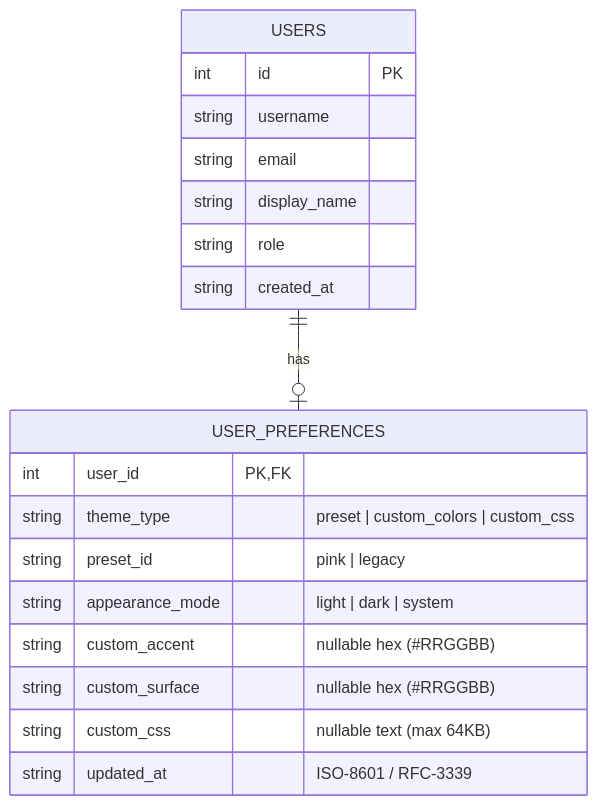
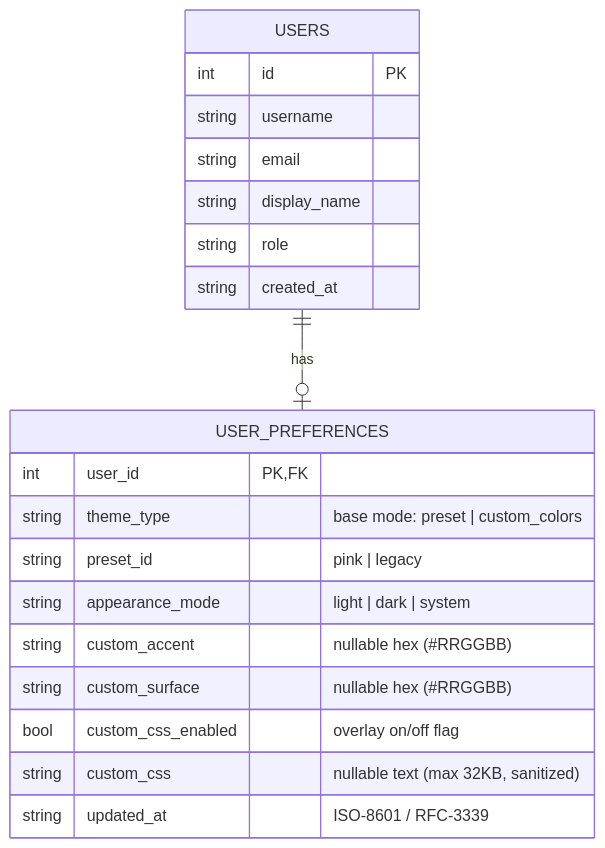
One commit to Baylem/Gameplane changed the first of 2 diagrams in specs/016-user-theme-customization/data-model.md. Above: the diagram before and after it, drawn with Mermaid. The commit also changed other lines of this file and 9 other files, not shown here.

````diff
--- a/specs/016-user-theme-customization/data-model.md
+++ b/specs/016-user-theme-customization/data-model.md
@@ -11,24 +11,25 @@
 ```mermaid
 erDiagram
     USERS ||--o| USER_PREFERENCES : "has"
     
     USERS {
         int id PK
         string username
         string email
         string display_name
         string role
         string created_at
     }
 
     USER_PREFERENCES {
         int user_id PK, FK
-        string theme_type "preset | custom_colors | custom_css"
+        string theme_type "base mode: preset | custom_colors"
         string preset_id "pink | legacy"
         string appearance_mode "light | dark | system"
         string custom_accent "nullable hex (#RRGGBB)"
         string custom_surface "nullable hex (#RRGGBB)"
-        string custom_css "nullable text (max 64KB)"
+        bool custom_css_enabled "overlay on/off flag"
+        string custom_css "nullable text (max 32KB, sanitized)"
         string updated_at "ISO-8601 / RFC-3339"
     }
 ```
````
